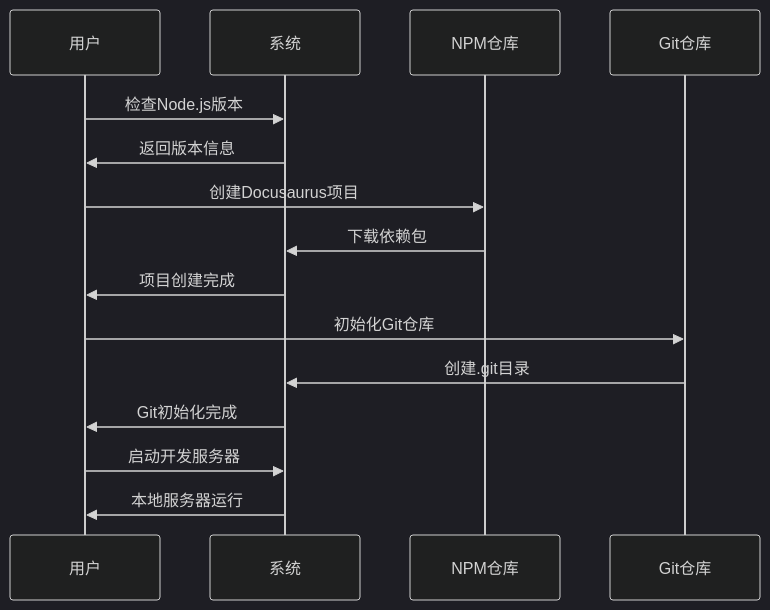
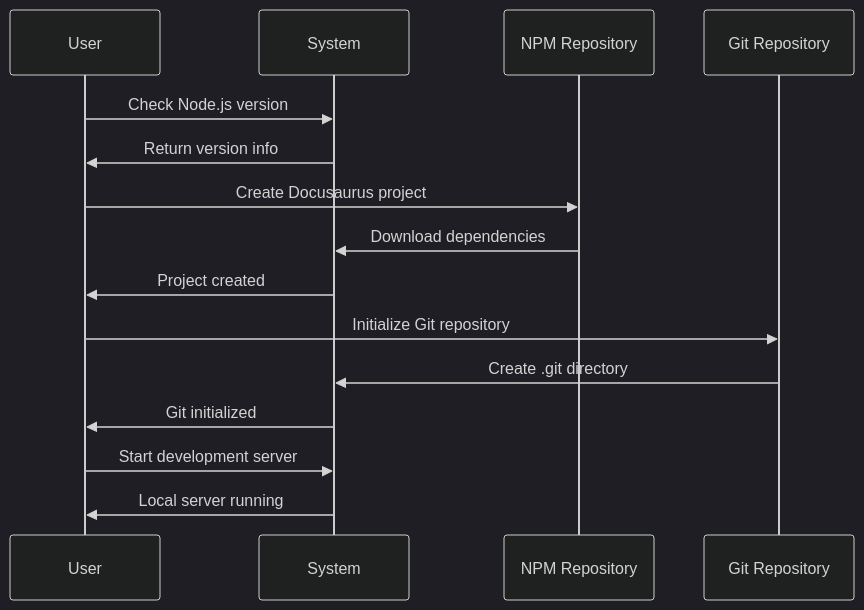
The third of 10 diagrams in versioned_docs/version-2024-winter/tutorials/docusaurus-tutorial.mdx (ChanMeng666/ai-programming-teaching-project), drawn with Mermaid (dark theme) before and after one commit. The commit also changed other lines of this file and 472 other files, not shown here.

````diff
--- a/versioned_docs/version-2024-winter/tutorials/docusaurus-tutorial.mdx
+++ b/versioned_docs/version-2024-winter/tutorials/docusaurus-tutorial.mdx
@@ -91,21 +97,21 @@
 ```mermaid
 sequenceDiagram
-    participant User as 用户
-    participant System as 系统
-    participant NPM as NPM仓库
-    participant Git as Git仓库
-    
-    User->>System: 检查Node.js版本
-    System->>User: 返回版本信息
-    
-    User->>NPM: 创建Docusaurus项目
-    NPM->>System: 下载依赖包
-    System->>User: 项目创建完成
-    
-    User->>Git: 初始化Git仓库
-    Git->>System: 创建.git目录
-    System->>User: Git初始化完成
-    
-    User->>System: 启动开发服务器
-    System->>User: 本地服务器运行
+    participant User as User
+    participant System as System
+    participant NPM as NPM Repository
+    participant Git as Git Repository
+
+    User->>System: Check Node.js version
+    System->>User: Return version info
+
+    User->>NPM: Create Docusaurus project
+    NPM->>System: Download dependencies
+    System->>User: Project created
+
+    User->>Git: Initialize Git repository
+    Git->>System: Create .git directory
+    System->>User: Git initialized
+
+    User->>System: Start development server
+    System->>User: Local server running
 ```
````
